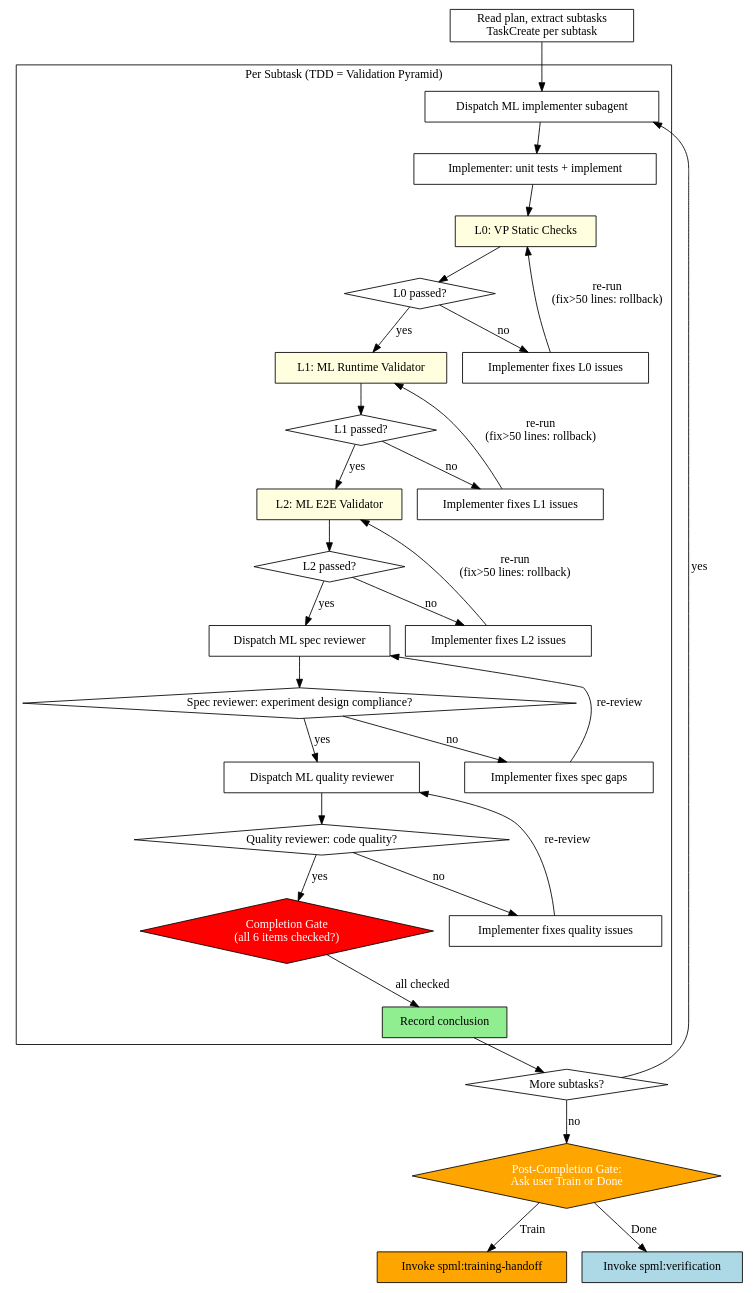
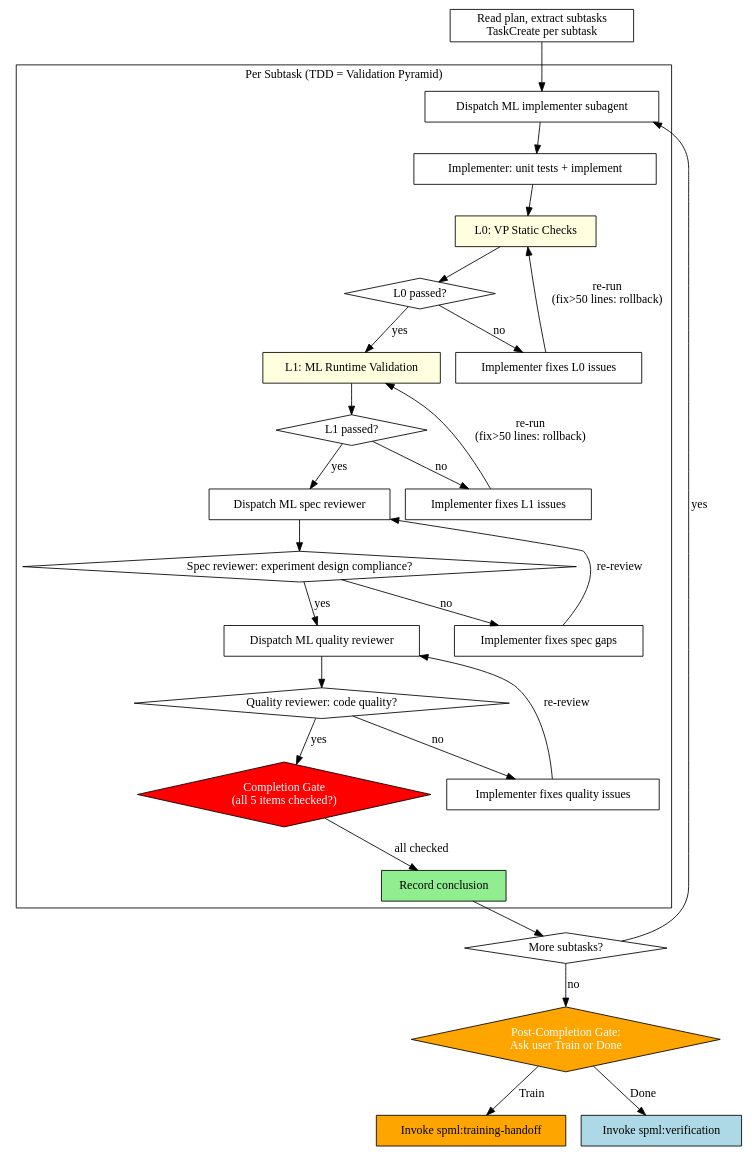
One commit to qqhard/superpowers-ML changed the diagram in skills/ml-subagent-dev/SKILL.md. Above: the diagram before and after it, drawn with Graphviz. The commit also changed other lines of this file, not shown here.

````diff
--- a/skills/ml-subagent-dev/SKILL.md
+++ b/skills/ml-subagent-dev/SKILL.md
@@ -98,64 +96,57 @@
 ```dot
 digraph process {
     rankdir=TB;
 
     subgraph cluster_per_subtask {
         label="Per Subtask (TDD = Validation Pyramid)";
         "Dispatch ML implementer subagent" [shape=box];
         "Implementer: unit tests + implement" [shape=box];
         "L0: VP Static Checks" [shape=box style=filled fillcolor=lightyellow];
         "L0 passed?" [shape=diamond];
         "Implementer fixes L0 issues" [shape=box];
-        "L1: ML Runtime Validator" [shape=box style=filled fillcolor=lightyellow];
+        "L1: ML Runtime Validation" [shape=box style=filled fillcolor=lightyellow];
         "L1 passed?" [shape=diamond];
         "Implementer fixes L1 issues" [shape=box];
-        "L2: ML E2E Validator" [shape=box style=filled fillcolor=lightyellow];
-        "L2 passed?" [shape=diamond];
-        "Implementer fixes L2 issues" [shape=box];
         "Dispatch ML spec reviewer" [shape=box];
         "Spec reviewer: experiment design compliance?" [shape=diamond];
         "Implementer fixes spec gaps" [shape=box];
         "Dispatch ML quality reviewer" [shape=box];
         "Quality reviewer: code quality?" [shape=diamond];
         "Implementer fixes quality issues" [shape=box];
-        "Completion Gate\n(all 6 items checked?)" [shape=diamond style=filled fillcolor=red fontcolor=white];
+        "Completion Gate\n(all 5 items checked?)" [shape=diamond style=filled fillcolor=red fontcolor=white];
         "Record conclusion" [shape=box style=filled fillcolor=lightgreen];
     }
 
     "Read plan, extract subtasks\nTaskCreate per subtask" [shape=box];
     "More subtasks?" [shape=diamond];
     "Post-Completion Gate:\nAsk user Train or Done" [shape=diamond style=filled fillcolor=orange fontcolor=white];
     "Invoke spml:training-handoff" [shape=box style=filled fillcolor=orange];
     "Invoke spml:verification" [shape=box style=filled fillcolor=lightblue];
 
     "Read plan, extract subtasks\nTaskCreate per subtask" -> "Dispatch ML implementer subagent";
     "Dispatch ML implementer subagent" -> "Implementer: unit tests + implement";
     "Implementer: unit tests + implement" -> "L0: VP Static Checks";
     "L0: VP Static Checks" -> "L0 passed?";
-    "L0 passed?" -> "L1: ML Runtime Validator" [label="yes"];
+    "L0 passed?" -> "L1: ML Runtime Validation" [label="yes"];
     "L0 passed?" -> "Implementer fixes L0 issues" [label="no"];
     "Implementer fixes L0 issues" -> "L0: VP Static Checks" [label="re-run\n(fix>50 lines: rollback)"];
-    "L1: ML Runtime Validator" -> "L1 passed?";
-    "L1 passed?" -> "L2: ML E2E Validator" [label="yes"];
+    "L1: ML Runtime Validation" -> "L1 passed?";
+    "L1 passed?" -> "Dispatch ML spec reviewer" [label="yes"];
     "L1 passed?" -> "Implementer fixes L1 issues" [label="no"];
-    "Implementer fixes L1 issues" -> "L1: ML Runtime Validator" [label="re-run\n(fix>50 lines: rollback)"];
-    "L2: ML E2E Validator" -> "L2 passed?";
-    "L2 passed?" -> "Dispatch ML spec reviewer" [label="yes"];
-    "L2 passed?" -> "Implementer fixes L2 issues" [label="no"];
-    "Implementer fixes L2 issues" -> "L2: ML E2E Validator" [label="re-run\n(fix>50 lines: rollback)"];
+    "Implementer fixes L1 issues" -> "L1: ML Runtime Validation" [label="re-run\n(fix>50 lines: rollback)"];
     "Dispatch ML spec reviewer" -> "Spec reviewer: experiment design compliance?";
     "Spec reviewer: experiment design compliance?" -> "Implementer fixes spec gaps" [label="no"];
     "Implementer fixes spec gaps" -> "Dispatch ML spec reviewer" [label="re-review"];
     "Spec reviewer: experiment design compliance?" -> "Dispatch ML quality reviewer" [label="yes"];
     "Dispatch ML quality reviewer" -> "Quality reviewer: code quality?";
     "Quality reviewer: code quality?" -> "Implementer fixes quality issues" [label="no"];
     "Implementer fixes quality issues" -> "Dispatch ML quality reviewer" [label="re-review"];
-    "Quality reviewer: code quality?" -> "Completion Gate\n(all 6 items checked?)" [label="yes"];
-    "Completion Gate\n(all 6 items checked?)" -> "Record conclusion" [label="all checked"];
+    "Quality reviewer: code quality?" -> "Completion Gate\n(all 5 items checked?)" [label="yes"];
+    "Completion Gate\n(all 5 items checked?)" -> "Record conclusion" [label="all checked"];
     "Record conclusion" -> "More subtasks?";
     "More subtasks?" -> "Dispatch ML implementer subagent" [label="yes"];
     "More subtasks?" -> "Post-Completion Gate:\nAsk user Train or Done" [label="no"];
     "Post-Completion Gate:\nAsk user Train or Done" -> "Invoke spml:training-handoff" [label="Train"];
     "Post-Completion Gate:\nAsk user Train or Done" -> "Invoke spml:verification" [label="Done"];
 }
 ```
````
